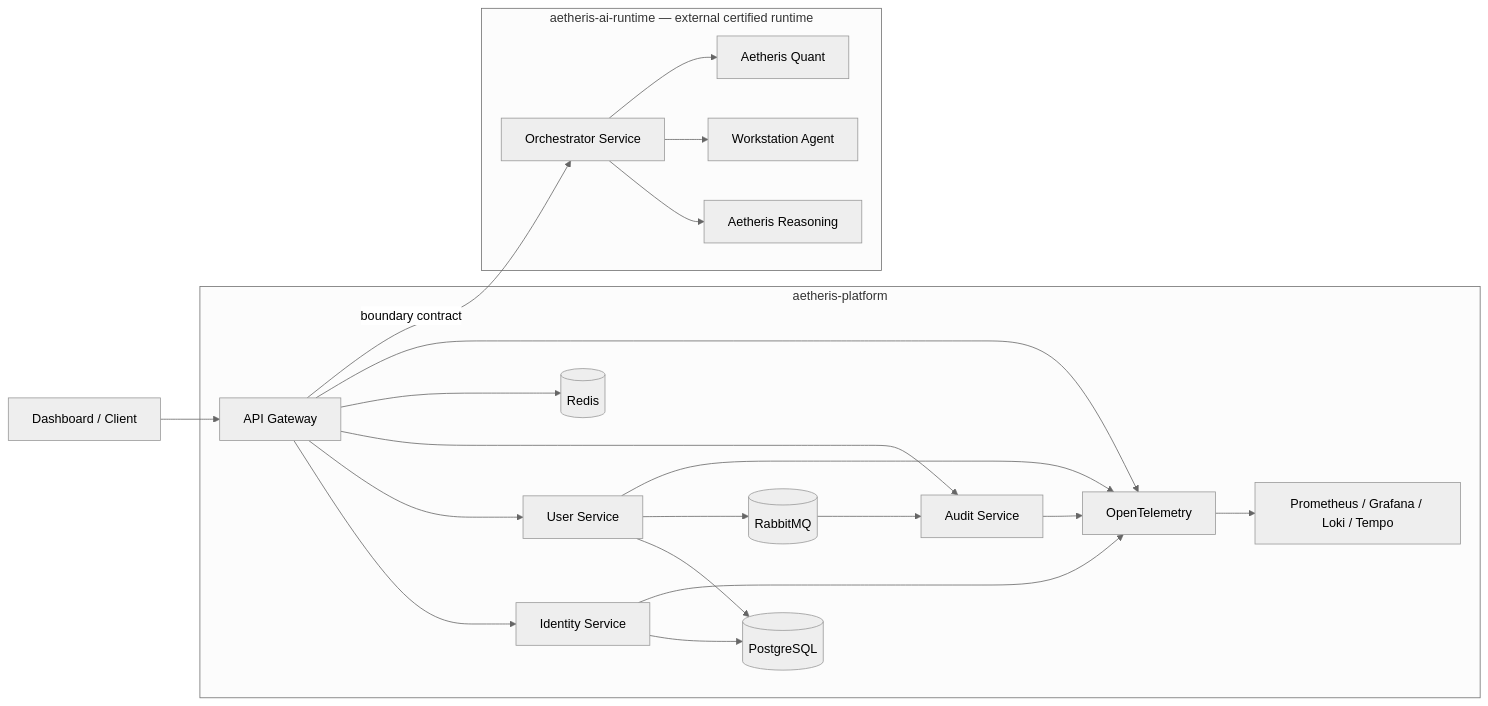
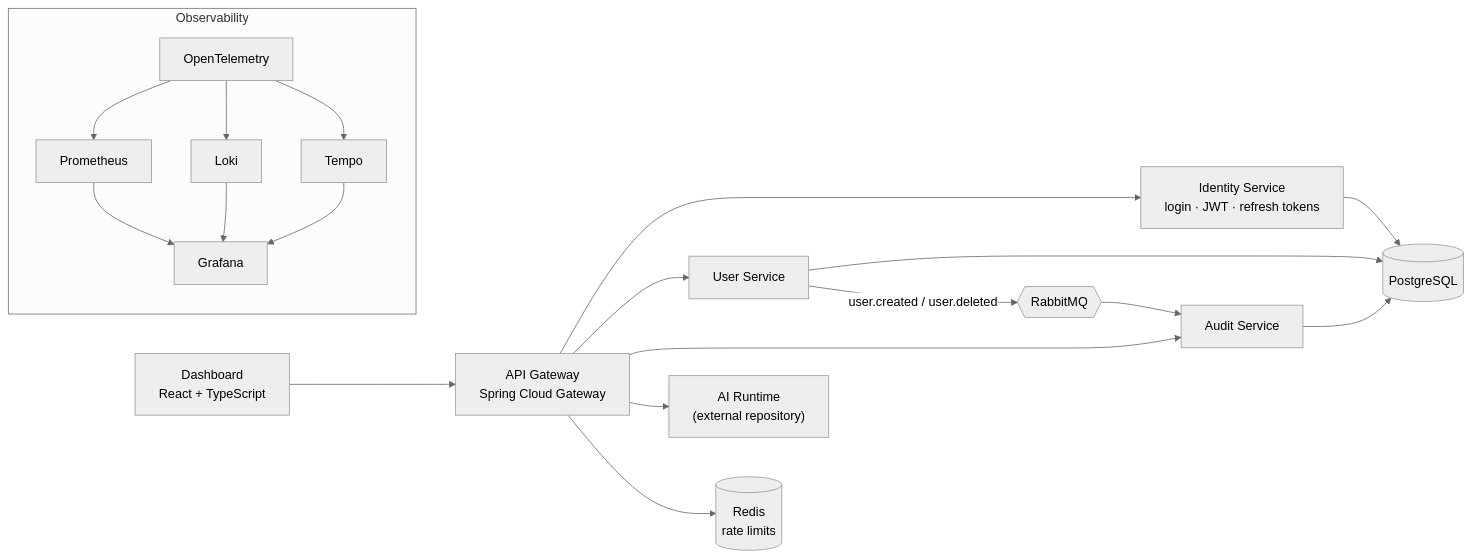
The diagram in README.md (teldigi5-wq/aetheris-platform), drawn with Mermaid (neutral theme) before and after one commit. The commit also changed other lines of this file and 2 other files, not shown here.

````diff
--- a/README.md
+++ b/README.md
@@ -116,42 +38,17 @@
 ```mermaid
 flowchart LR
-    CLIENT[Dashboard / Client] --> GW
-
-    subgraph PLATFORM[aetheris-platform]
-        GW[API Gateway]
-        ID[Identity Service]
-        USER[User Service]
-        AUDIT[Audit Service]
-        PG[(PostgreSQL)]
-        REDIS[(Redis)]
-        MQ[(RabbitMQ)]
-        OTEL[OpenTelemetry]
-        OBS[Prometheus / Grafana / Loki / Tempo]
-
-        GW --> ID
-        GW --> USER
-        GW --> AUDIT
-        ID --> PG
-        USER --> PG
-        GW --> REDIS
-        USER --> MQ
-        MQ --> AUDIT
-        GW --> OTEL
-        ID --> OTEL
-        USER --> OTEL
-        AUDIT --> OTEL
-        OTEL --> OBS
+    Browser["Dashboard<br/>React + TypeScript"] --> GW["API Gateway<br/>Spring Cloud Gateway"]
+    GW --> ID["Identity Service<br/>login · JWT · refresh tokens"]
+    GW --> US["User Service"]
+    GW --> AU["Audit Service"]
+    GW --> RT["AI Runtime<br/>(external repository)"]
+    ID --> PG[(PostgreSQL)]
+    US --> PG
+    AU --> PG
+    GW --> RD[(Redis<br/>rate limits)]
+    US -- "user.created / user.deleted" --> MQ{{RabbitMQ}}
+    MQ --> AU
+    subgraph Observability
+      OT[OpenTelemetry] --> PR[Prometheus] & LK[Loki] & TP[Tempo] --> GF[Grafana]
     end
-
-    subgraph RUNTIME[aetheris-ai-runtime — external certified runtime]
-        ORCH[Orchestrator Service]
-        REASON[Aetheris Reasoning]
-        WORK[Workstation Agent]
-        QUANT[Aetheris Quant]
-    end
-
-    GW -->|boundary contract| ORCH
-    ORCH --> REASON
-    ORCH --> WORK
-    ORCH --> QUANT
 ```
````
